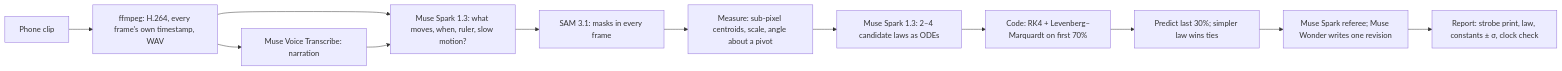
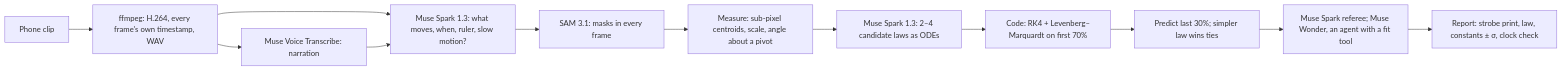
One commit to RohanGlitched/ansatz changed the diagram in README.md. Above: the diagram before and after it, drawn with Mermaid. The commit also changed other lines of this file, not shown here.

Commit message:
README: memory or measurement, Muse Wonder's win, constants split from scales

````diff
--- a/README.md
+++ b/README.md
@@ -24,14 +34,14 @@
 ```mermaid
 flowchart LR
   A[Phone clip] --> B[ffmpeg: H.264, every frame's own timestamp, WAV]
   B --> C[Muse Voice Transcribe: narration]
   B --> D[Muse Spark 1.3: what moves, when, ruler, slow motion?]
   C --> D
   D --> E[SAM 3.1: masks in every frame]
   E --> F[Measure: sub-pixel centroids, scale, angle about a pivot]
   F --> G[Muse Spark 1.3: 2–4 candidate laws as ODEs]
   G --> H[Code: RK4 + Levenberg–Marquardt on first 70%]
   H --> I[Predict last 30%; simpler law wins ties]
-  I --> J[Muse Spark referee; Muse Wonder writes one revision]
+  I --> J[Muse Spark referee; Muse Wonder, an agent with a fit tool]
   J --> K[Report: strobe print, law, constants ± σ, clock check]
 ```
````
